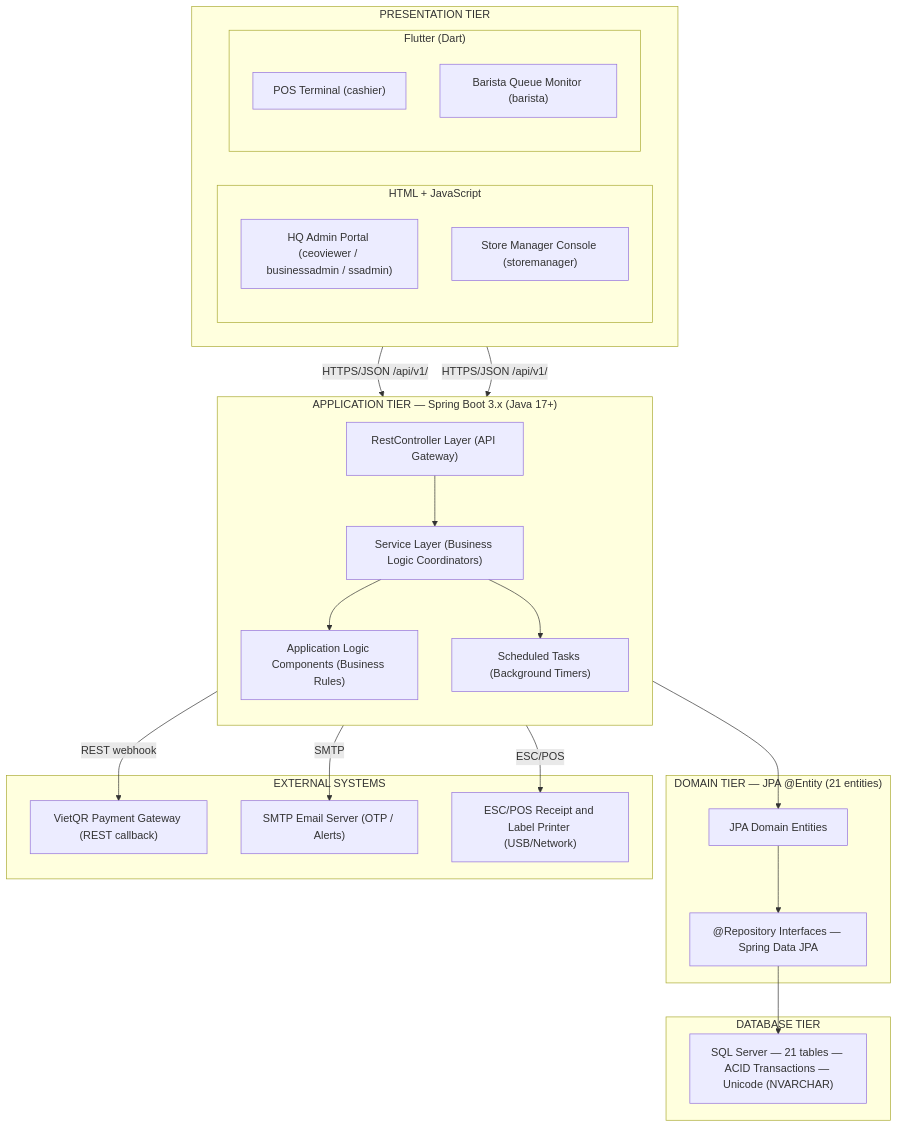
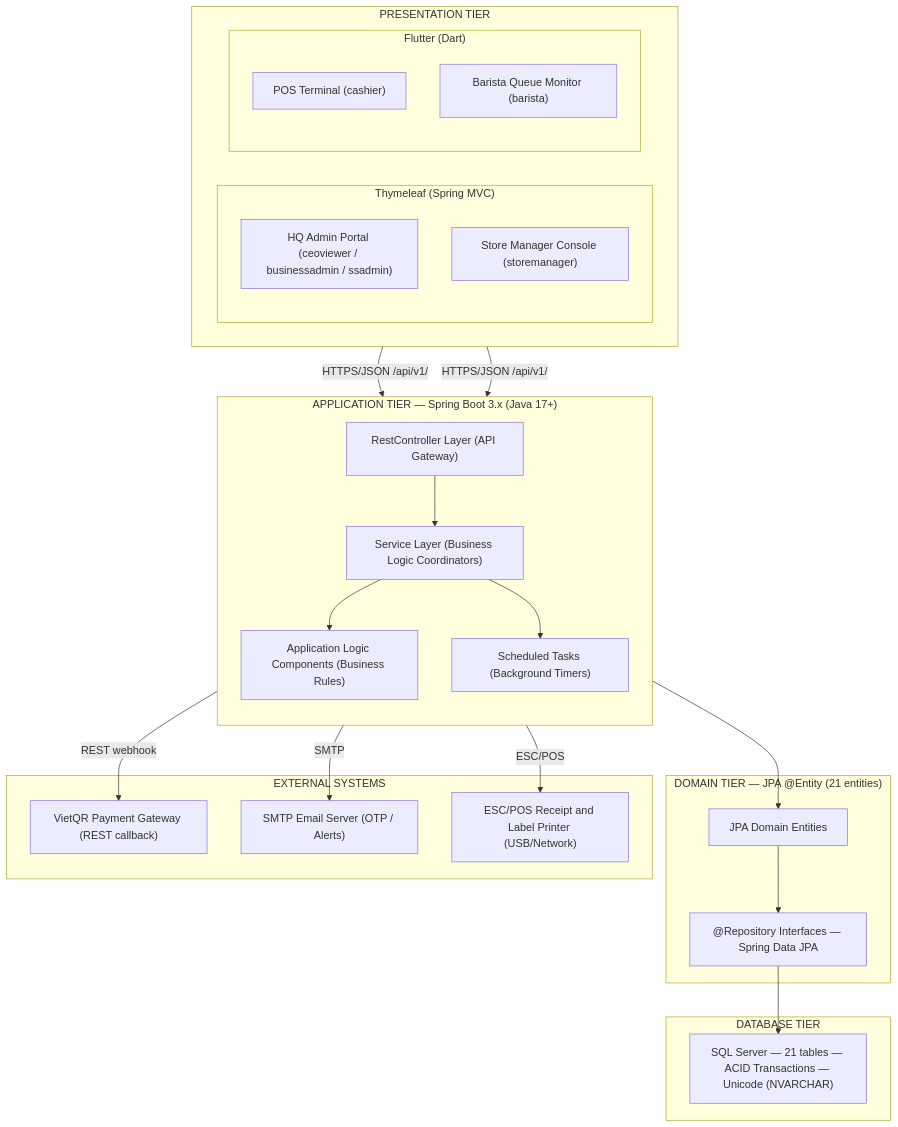
One commit to Shaichi/Khoga_coffe_shop changed the first of 51 diagrams in RDS_Khoga_CoffeeShop_v1.0.md. Above: the diagram before and after it, drawn with Mermaid. The commit also changed other lines of this file and 2 other files, not shown here.

Commit message:
docs: replace HTML+JavaScript frontend with Thymeleaf SSR across architecture and package diagram

````diff
--- a/RDS_Khoga_CoffeeShop_v1.0.md
+++ b/RDS_Khoga_CoffeeShop_v1.0.md
@@ -62,49 +62,49 @@
 ```mermaid
 graph TB
     subgraph PRESENTATION["PRESENTATION TIER"]
         direction LR
-        subgraph WEB["HTML + JavaScript"]
+        subgraph WEB["Thymeleaf (Spring MVC)"]
             HQ["HQ Admin Portal (ceoviewer / businessadmin / ssadmin)"]
             MGR["Store Manager Console (storemanager)"]
         end
         subgraph FLUTTER["Flutter (Dart)"]
             POS["POS Terminal (cashier)"]
             BAR["Barista Queue Monitor (barista)"]
         end
     end
 
     subgraph APP["APPLICATION TIER — Spring Boot 3.x (Java 17+)"]
         direction TB
         CTRL["RestController Layer (API Gateway)"]
         SVC["Service Layer (Business Logic Coordinators)"]
         LOGIC["Application Logic Components (Business Rules)"]
         SCHED["Scheduled Tasks (Background Timers)"]
     end
 
     subgraph DOMAIN["DOMAIN TIER — JPA @Entity (21 entities)"]
         ENT["JPA Domain Entities"]
         REPO["@Repository Interfaces — Spring Data JPA"]
     end
 
     subgraph DB["DATABASE TIER"]
         SQLSERVER["SQL Server — 21 tables — ACID Transactions — Unicode (NVARCHAR)"]
     end
 
     subgraph EXT["EXTERNAL SYSTEMS"]
         VIETQR["VietQR Payment Gateway (REST callback)"]
         EMAIL["SMTP Email Server (OTP / Alerts)"]
         PRINTER["ESC/POS Receipt and Label Printer (USB/Network)"]
     end
 
     WEB -->|"HTTPS/JSON /api/v1/"| CTRL
     FLUTTER -->|"HTTPS/JSON /api/v1/"| CTRL
     CTRL --> SVC
     SVC --> LOGIC
     SVC --> SCHED
     SVC --> ENT
     ENT --> REPO
     REPO --> SQLSERVER
     CTRL -->|"REST webhook"| VIETQR
     SVC -->|"SMTP"| EMAIL
     APP -->|"ESC/POS"| PRINTER
 ```
````
